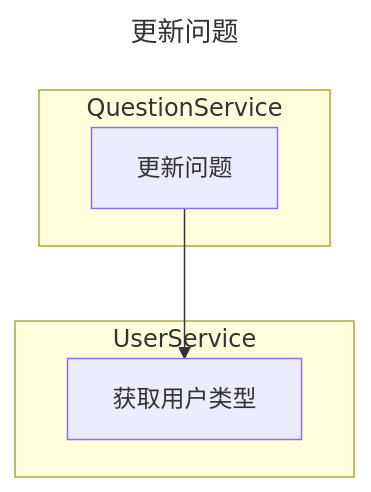
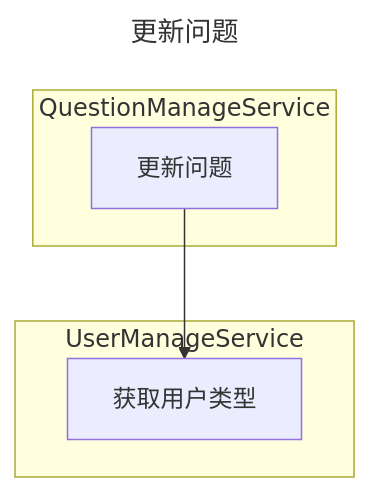
Before and after one commit to HBY-STAR/2024_Spring_CloudNative_Lab: diagram 15 of 17 in docs_hby/lab3-task2-group-8.md, drawn with Mermaid. The commit also changed other lines of this file and 1 other file, not shown here.

````diff
--- a/docs_hby/lab3-task2-group-8.md
+++ b/docs_hby/lab3-task2-group-8.md
@@ -485,13 +512,13 @@
 ```mermaid
 ---
 title: 更新问题
 ---
 flowchart TD
     question_update[更新问题] --> role_get[获取用户类型]
-    subgraph QuestionService
+    subgraph QuestionManageService
         question_update
     end
-    subgraph UserService
+    subgraph UserManageService
         role_get
     end
 ```
````
